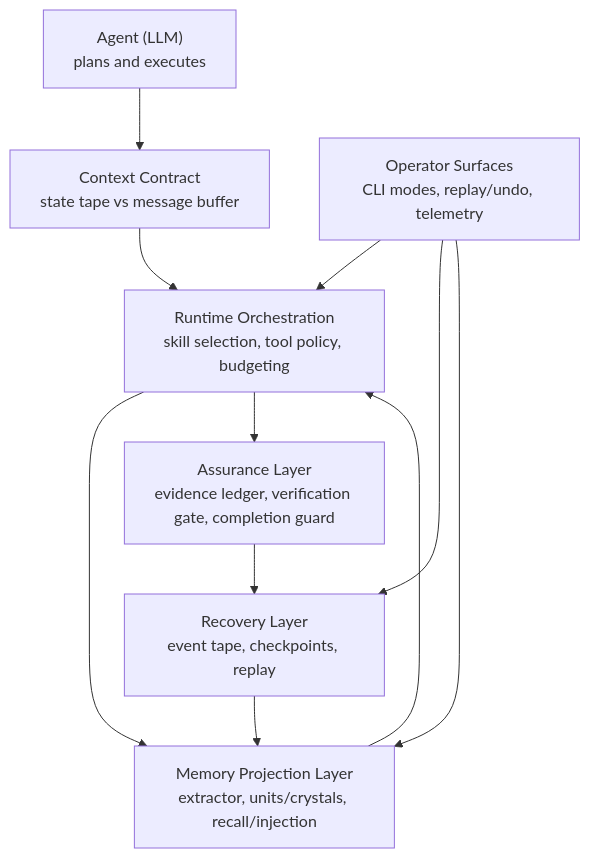
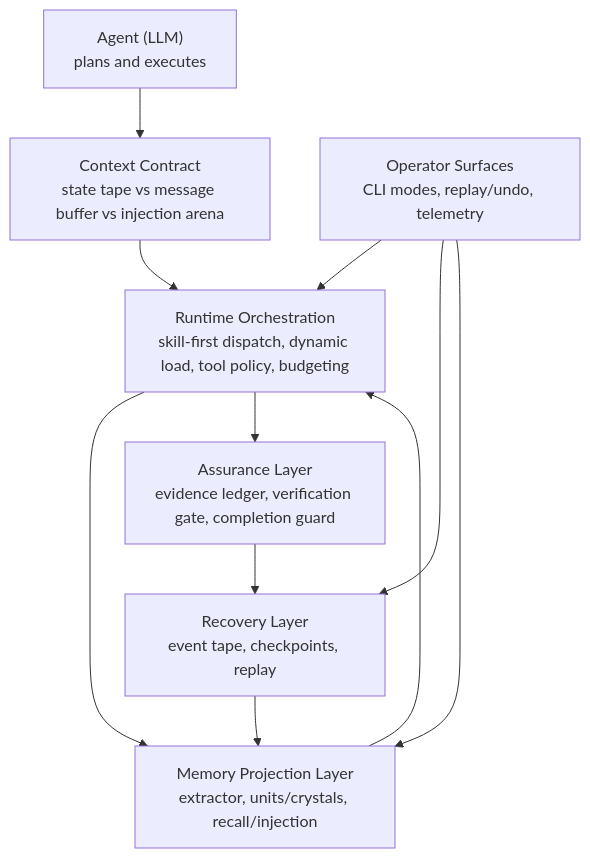
One commit to arcthur/brewva changed the diagram in README.md. Above: the diagram before and after it, drawn with Mermaid. The commit also changed other lines of this file and 32 other files, not shown here.

First line of the commit message:
feat(runtime): context arena allocator with zone budgeting and spatial locality

````diff
--- a/README.md
+++ b/README.md
@@ -34,21 +40,21 @@
 ```mermaid
 flowchart TD
   AGENT["Agent (LLM)<br>plans and executes"]
-  CONTRACT["Context Contract<br>state tape vs message buffer"]
-  ORCH["Runtime Orchestration<br>skill selection, tool policy, budgeting"]
+  CONTRACT["Context Contract<br>state tape vs message buffer vs injection arena"]
+  ORCH["Runtime Orchestration<br>skill-first dispatch, dynamic load, tool policy, budgeting"]
   MEMORY["Memory Projection Layer<br>extractor, units/crystals, recall/injection"]
   ASSURE["Assurance Layer<br>evidence ledger, verification gate, completion guard"]
   RECOVERY["Recovery Layer<br>event tape, checkpoints, replay"]
   SURFACES["Operator Surfaces<br>CLI modes, replay/undo, telemetry"]
 
   AGENT --> CONTRACT
   CONTRACT --> ORCH
   ORCH --> MEMORY
   MEMORY --> ORCH
   ORCH --> ASSURE
   ASSURE --> RECOVERY
   RECOVERY --> MEMORY
   SURFACES --> ORCH
   SURFACES --> RECOVERY
   SURFACES --> MEMORY
 ```
````
